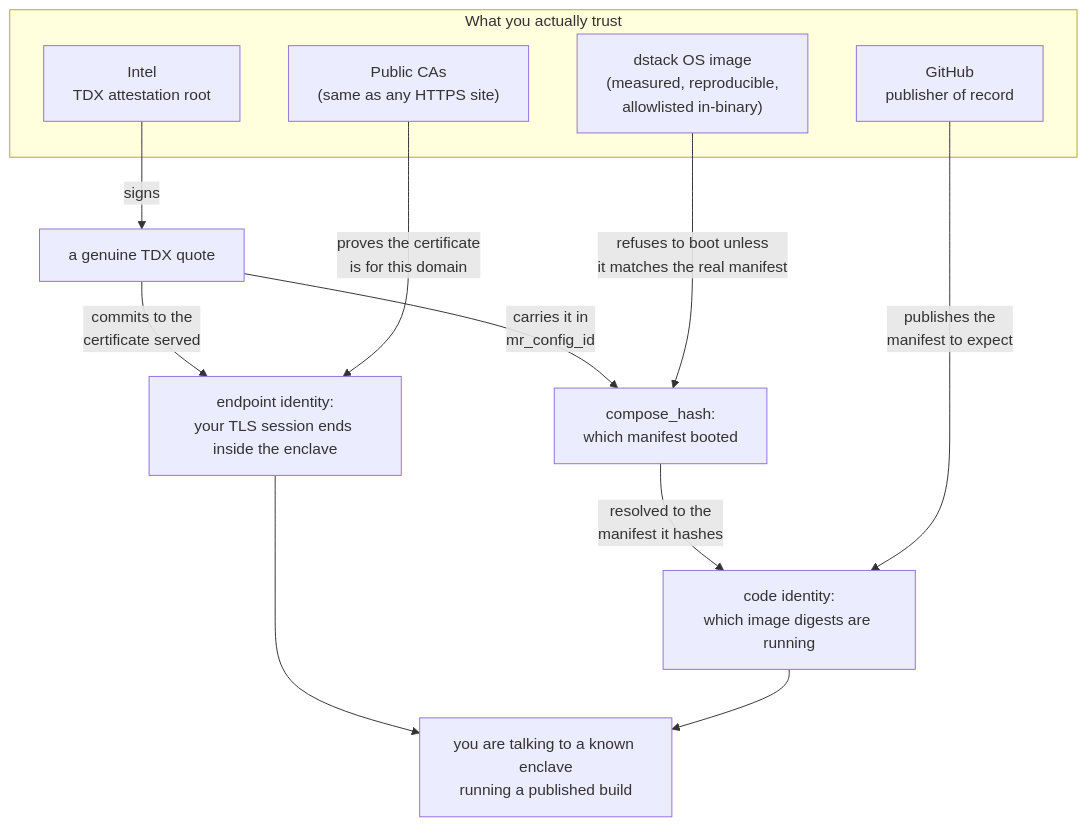
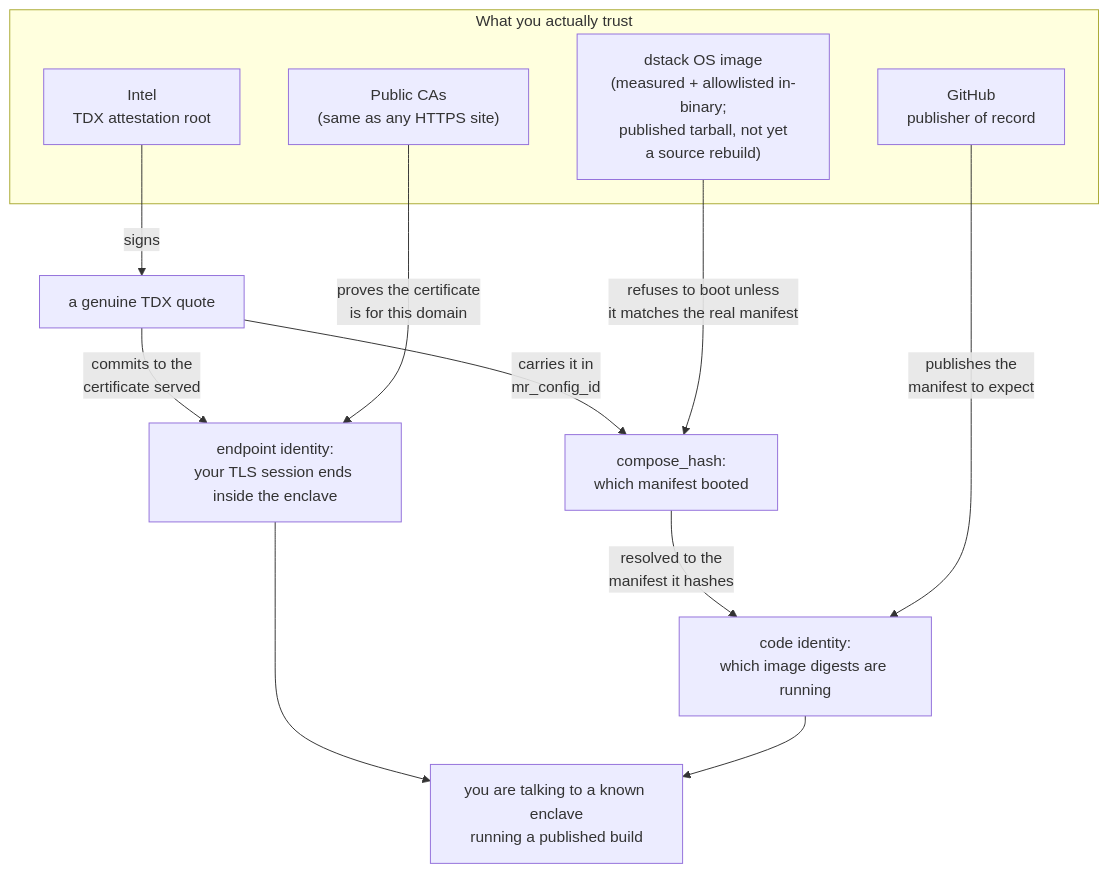
The first of 2 diagrams in docs/verifying-the-gateway.md (0gfoundation/0g-pc-e2ee), drawn with Mermaid before and after one commit. The commit also changed other lines of this file and 3 other files, not shown here.

````diff
--- a/docs/verifying-the-gateway.md
+++ b/docs/verifying-the-gateway.md
@@ -135,20 +136,20 @@
 ```mermaid
 flowchart TB
     subgraph ROOTS["What you actually trust"]
         INTEL["Intel<br/>TDX attestation root"]
-        OS["dstack OS image<br/>(measured, reproducible,<br/>allowlisted in-binary)"]
+        OS["dstack OS image<br/>(measured + allowlisted in-binary;<br/>published tarball, not yet<br/>a source rebuild)"]
         GH["GitHub<br/>publisher of record"]
         CA["Public CAs<br/>(same as any HTTPS site)"]
     end
 
     INTEL -->|"signs"| Q["a genuine TDX quote"]
     Q -->|"commits to the<br/>certificate served"| EP["endpoint identity:<br/>your TLS session ends inside the enclave"]
     CA -->|"proves the certificate<br/>is for this domain"| EP
     Q -->|"carries it in<br/>mr_config_id"| CH["compose_hash:<br/>which manifest booted"]
     OS -->|"refuses to boot unless<br/>it matches the real manifest"| CH
     CH -->|"resolved to the<br/>manifest it hashes"| CODE["code identity:<br/>which image digests are running"]
     GH -->|"publishes the<br/>manifest to expect"| CODE
 
     EP --> CLAIM["you are talking to a known enclave<br/>running a published build"]
     CODE --> CLAIM
 ```
````
